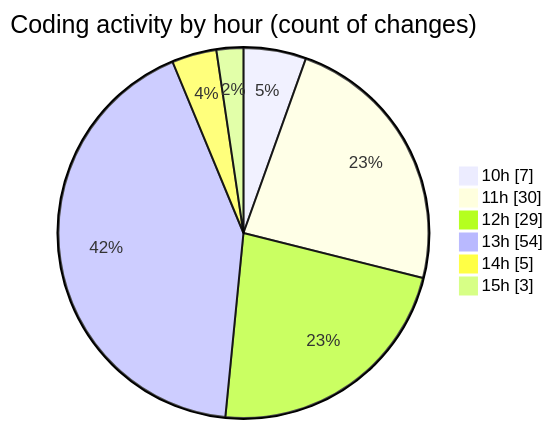
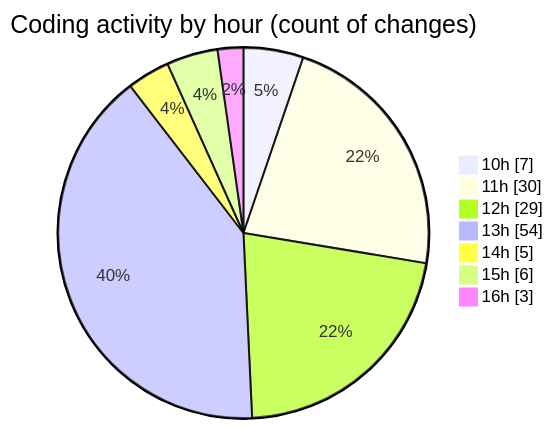
The second of 2 diagrams in 2025-06-26/cda/README.md (momahboobian/code-tracking), drawn with Mermaid before and after one commit. The commit also changed other lines of this file and 1 other file, not shown here.

````diff
--- a/2025-06-26/cda/README.md
+++ b/2025-06-26/cda/README.md
@@ -40,10 +41,11 @@
 ```mermaid
 pie showData
 title Coding activity by hour (count of changes)
 "10h" : 7
 "11h" : 30
 "12h" : 29
 "13h" : 54
 "14h" : 5
-"15h" : 3
+"15h" : 6
+"16h" : 3
 ```
````
